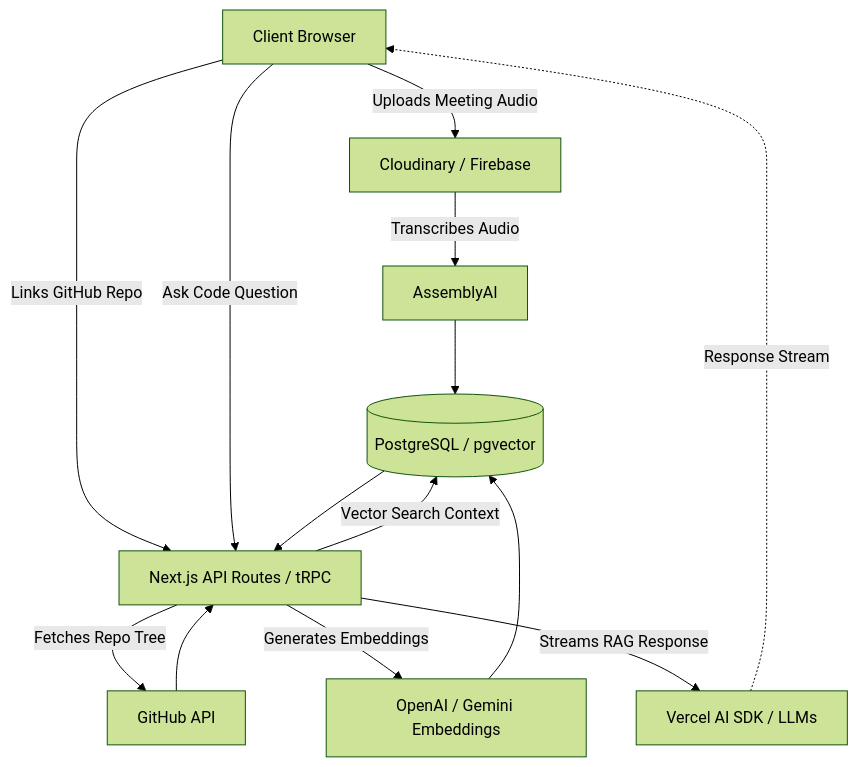
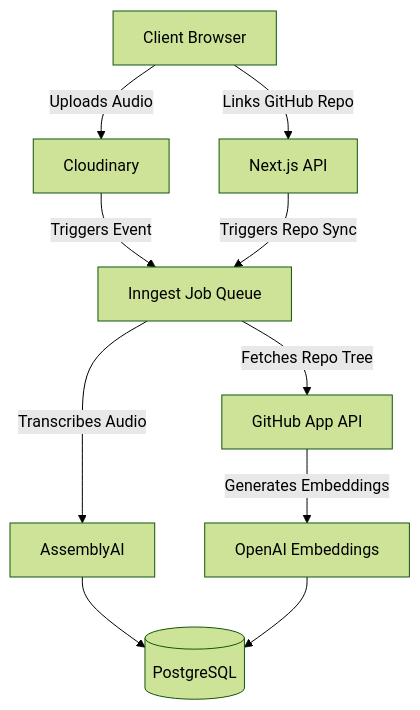
One commit to nitingupta95/gitVizor changed the second of 2 diagrams in README.md. Above: the diagram before and after it, drawn with Mermaid (forest theme). The commit also changed other lines of this file and 93 other files, not shown here.

````diff
--- a/README.md
+++ b/README.md
@@ -31,20 +65,14 @@
 ```mermaid
 graph TD
-    Client[Client Browser] -->|Uploads Meeting Audio| Storage[Cloudinary / Firebase]
-    Client -->|Links GitHub Repo| API[Next.js API Routes / tRPC]
+    Client[Client Browser] -->|Uploads Audio| Storage[Cloudinary]
+    Storage -->|Triggers Event| Inngest[Inngest Job Queue]
     
-    API -->|Fetches Repo Tree| GitHub[GitHub API]
-    GitHub --> API
+    Inngest -->|Transcribes Audio| AssemblyAI[AssemblyAI]
+    AssemblyAI --> DB[(PostgreSQL)]
     
-    API -->|Generates Embeddings| OpenAI[OpenAI / Gemini Embeddings]
-    OpenAI --> DB[(PostgreSQL / pgvector)]
-    
-    Storage -->|Transcribes Audio| AssemblyAI[AssemblyAI]
-    AssemblyAI --> DB
-    
-    Client -->|Ask Code Question| API
-    API -->|Vector Search Context| DB
-    DB --> API
-    API -->|Streams RAG Response| AI[Vercel AI SDK / LLMs]
-    AI -.->|Response Stream| Client
+    Client -->|Links GitHub Repo| API[Next.js API]
+    API -->|Triggers Repo Sync| Inngest
+    Inngest -->|Fetches Repo Tree| GitHub[GitHub App API]
+    GitHub -->|Generates Embeddings| OpenAI[OpenAI Embeddings]
+    OpenAI --> DB
 ```
````
